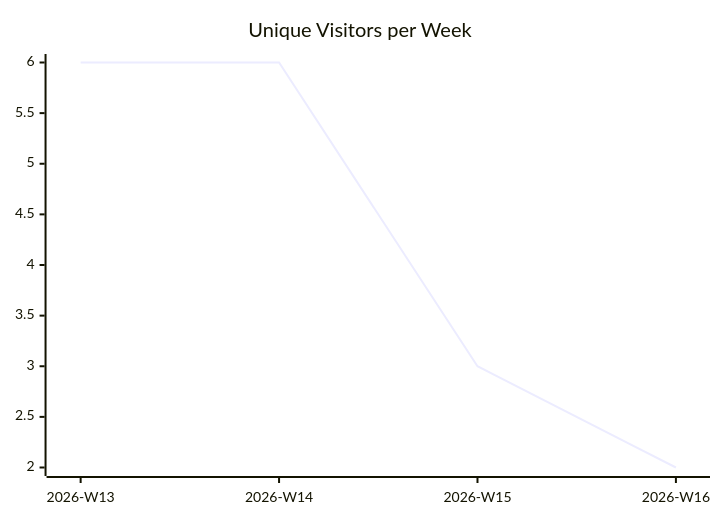
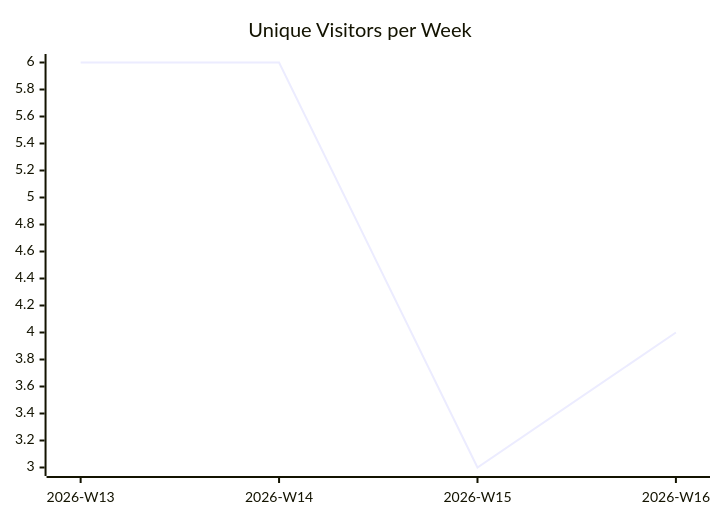
The first of 3 diagrams in karlmdavis/ksoap2-android/README.md (justdavis-family/github-analytics-data), drawn with Mermaid before and after one commit. The commit also changed other lines of this file and 181 other files, not shown here.

````diff
--- a/karlmdavis/ksoap2-android/README.md
+++ b/karlmdavis/ksoap2-android/README.md
@@ -5,6 +5,6 @@
 ```mermaid
 xychart-beta
   title "Unique Visitors per Week"
   x-axis ["2026-W13", "2026-W14", "2026-W15", "2026-W16"]
-  line [6, 6, 3, 2]
+  line [6, 6, 3, 4]
 ```
````
